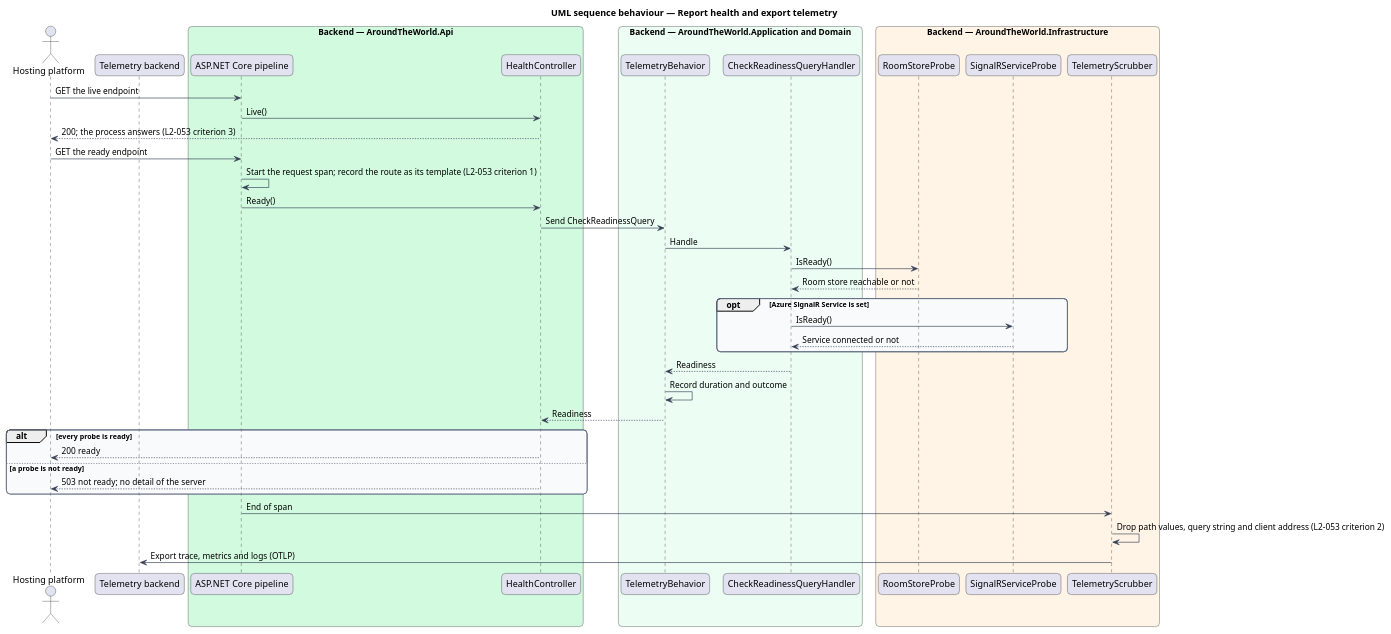
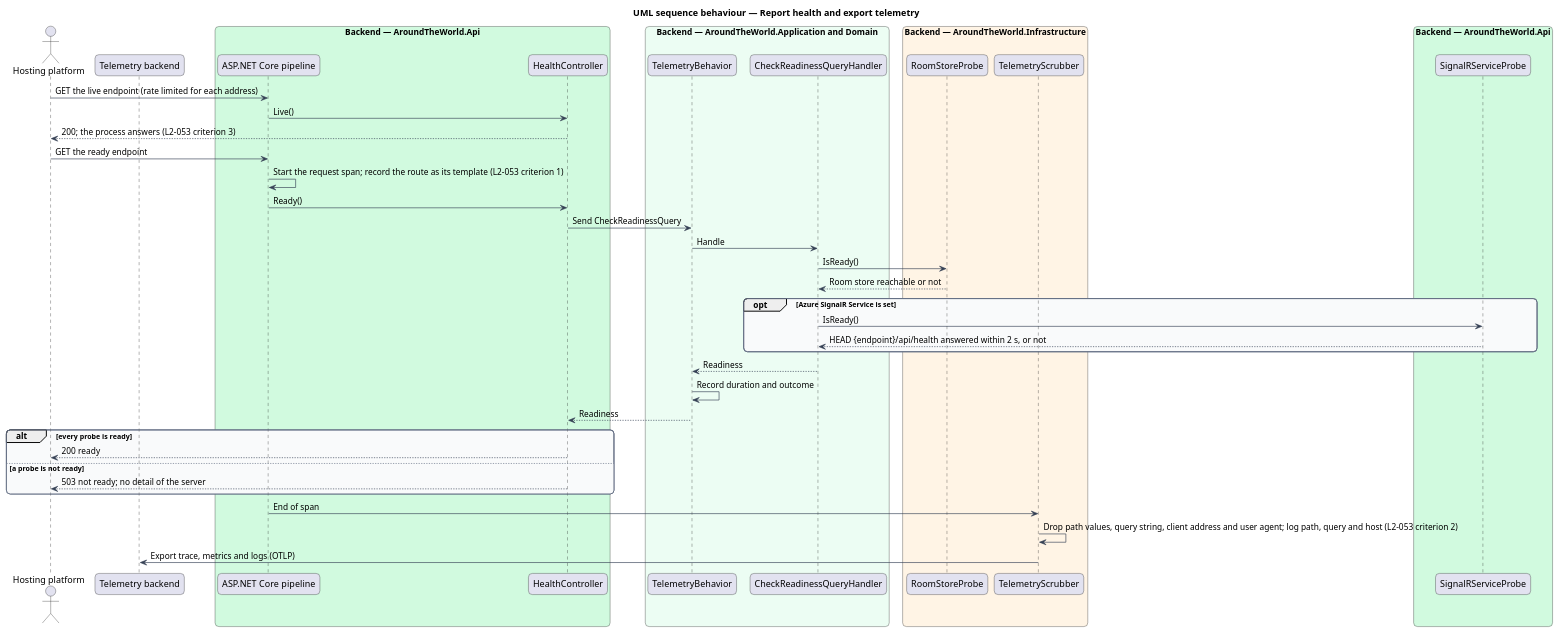
The diagram in docs/detailed-designs/platform/operate-backend/diagrams/sequence-report-health-and-telemetry.puml (QuinntyneBrown/around-the-world), drawn with PlantUML before and after one commit. The commit also changed 11 other files, not shown here.

First line of the commit message:
Journey 17: bring the designs and their diagrams in line with what was built

```diff
--- a/docs/detailed-designs/platform/operate-backend/diagrams/sequence-report-health-and-telemetry.puml
+++ b/docs/detailed-designs/platform/operate-backend/diagrams/sequence-report-health-and-telemetry.puml
@@ -1,57 +1,59 @@
 @startuml
 title UML sequence behaviour — Report health and export telemetry
 skinparam backgroundColor #FFFFFF
 skinparam shadowing false
 skinparam roundcorner 12
 skinparam defaultFontName Arial
 skinparam ArrowColor #344054
 skinparam rectangle {
   BorderColor #344054
   FontColor #101828
 }
 skinparam package {
   BorderColor #667085
   FontColor #101828
   BackgroundColor #F9FAFB
 }
 actor "Hosting platform" as probe
 participant "Telemetry backend" as otel
 box "Backend — AroundTheWorld.Api" #D1FADF
   participant "ASP.NET Core pipeline" as pipeline
   participant "HealthController" as health
 end box
 box "Backend — AroundTheWorld.Application and Domain" #ECFDF3
   participant "TelemetryBehavior" as tel
   participant "CheckReadinessQueryHandler" as handler
 end box
 box "Backend — AroundTheWorld.Infrastructure" #FFF4E5
   participant "RoomStoreProbe" as storeProbe
-  participant "SignalRServiceProbe" as svcProbe
   participant "TelemetryScrubber" as scrub
 end box
-probe -> pipeline : GET the live endpoint
+box "Backend — AroundTheWorld.Api" #D1FADF
+  participant "SignalRServiceProbe" as svcProbe
+end box
+probe -> pipeline : GET the live endpoint (rate limited for each address)
 pipeline -> health : Live()
 health --> probe : 200; the process answers (L2-053 criterion 3)
 probe -> pipeline : GET the ready endpoint
 pipeline -> pipeline : Start the request span; record the route as its template (L2-053 criterion 1)
 pipeline -> health : Ready()
 health -> tel : Send CheckReadinessQuery
 tel -> handler : Handle
 handler -> storeProbe : IsReady()
 storeProbe --> handler : Room store reachable or not
 opt Azure SignalR Service is set
   handler -> svcProbe : IsReady()
-  svcProbe --> handler : Service connected or not
+  svcProbe --> handler : HEAD {endpoint}/api/health answered within 2 s, or not
 end
 handler --> tel : Readiness
 tel -> tel : Record duration and outcome
 tel --> health : Readiness
 alt every probe is ready
   health --> probe : 200 ready
 else a probe is not ready
   health --> probe : 503 not ready; no detail of the server
 end
 pipeline -> scrub : End of span
-scrub -> scrub : Drop path values, query string and client address (L2-053 criterion 2)
+scrub -> scrub : Drop path values, query string, client address and user agent; log path, query and host (L2-053 criterion 2)
 scrub -> otel : Export trace, metrics and logs (OTLP)
 @enduml
```
